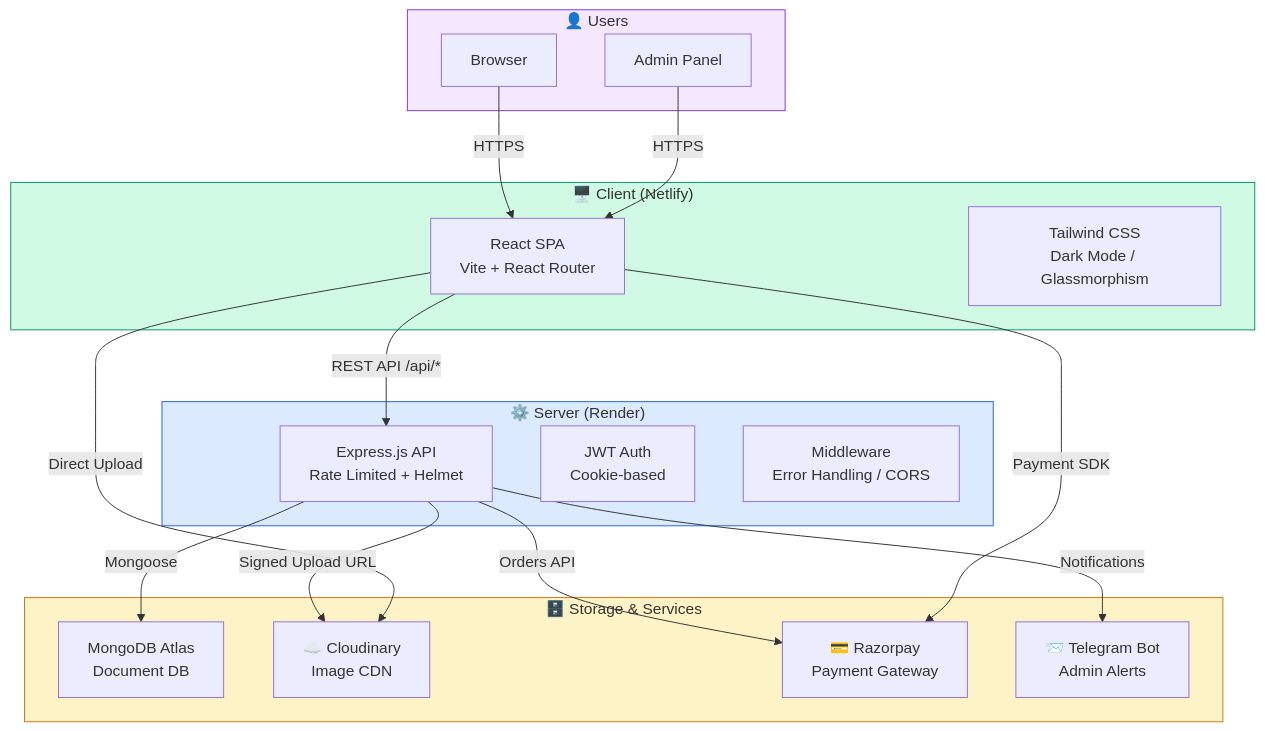
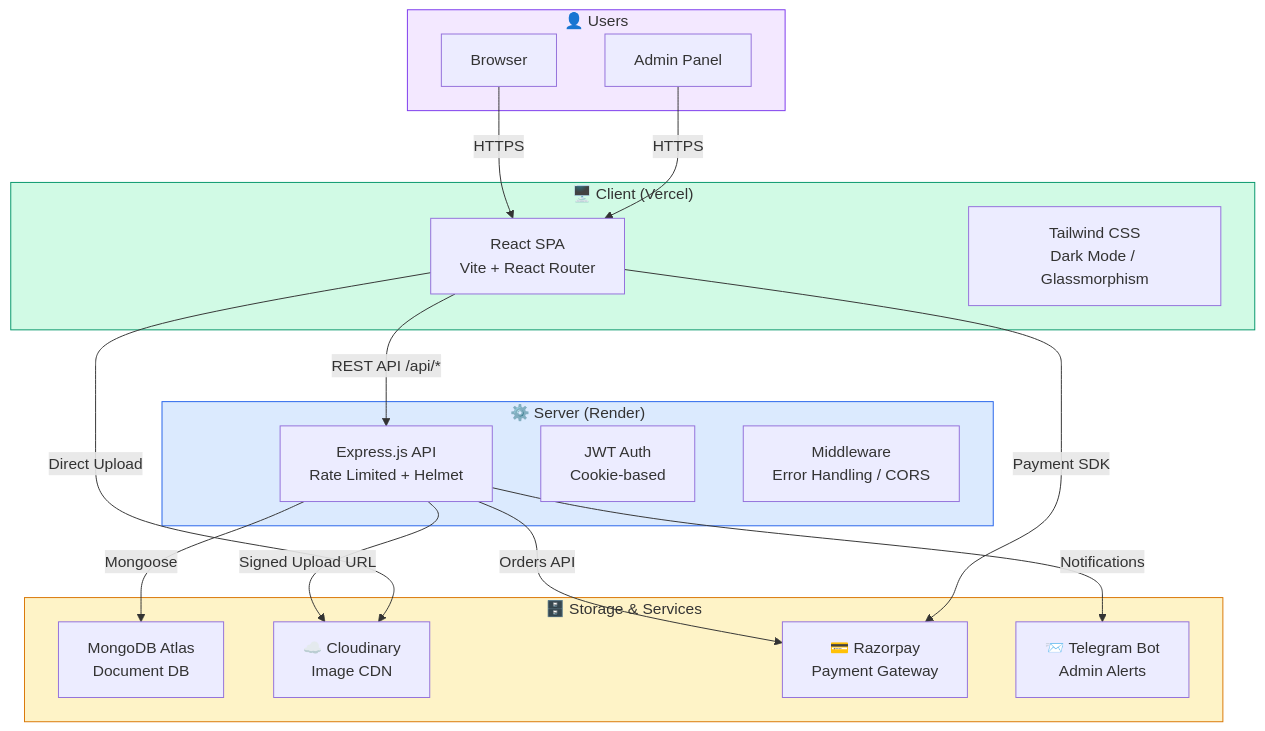
The second of 21 diagrams in DOCUMENTATION.md (causyash/herbify), drawn with Mermaid before and after one commit. The commit also changed other lines of this file, not shown here.

Commit message:
docs: update hosting provider from Netlify to Vercel

````diff
--- a/DOCUMENTATION.md
+++ b/DOCUMENTATION.md
@@ -83,40 +83,40 @@
 ```mermaid
 graph TB
-    subgraph Client["🖥️ Client (Netlify)"]
+    subgraph Client["🖥️ Client (Vercel)"]
         React["React SPA<br/>Vite + React Router"]
         CSS["Tailwind CSS<br/>Dark Mode / Glassmorphism"]
     end
 
     subgraph Server["⚙️ Server (Render)"]
         Express["Express.js API<br/>Rate Limited + Helmet"]
         Auth["JWT Auth<br/>Cookie-based"]
         Middleware["Middleware<br/>Error Handling / CORS"]
     end
 
     subgraph Storage["🗄️ Storage & Services"]
         MongoDB["MongoDB Atlas<br/>Document DB"]
         Cloudinary["☁️ Cloudinary<br/>Image CDN"]
         Razorpay["💳 Razorpay<br/>Payment Gateway"]
         Telegram["📨 Telegram Bot<br/>Admin Alerts"]
     end
 
     subgraph User["👤 Users"]
         Browser["Browser"]
         Admin["Admin Panel"]
     end
 
     Browser -->|HTTPS| React
     Admin -->|HTTPS| React
     React -->|REST API /api/*| Express
     Express -->|Mongoose| MongoDB
     Express -->|Signed Upload URL| Cloudinary
     React -->|Direct Upload| Cloudinary
     Express -->|Orders API| Razorpay
     React -->|Payment SDK| Razorpay
     Express -->|Notifications| Telegram
 
     style Client fill:#d1fae5,stroke:#059669
     style Server fill:#dbeafe,stroke:#2563eb
     style Storage fill:#fef3c7,stroke:#d97706
     style User fill:#f3e8ff,stroke:#7c3aed
 ```
````
